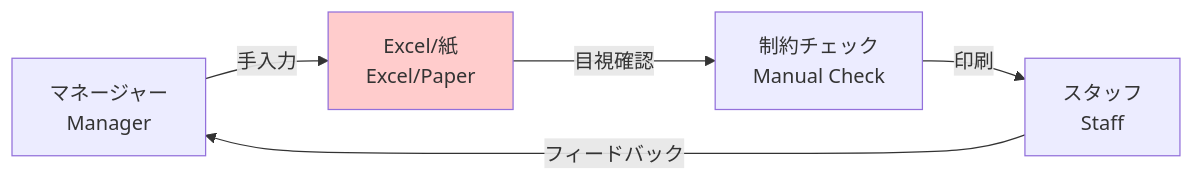
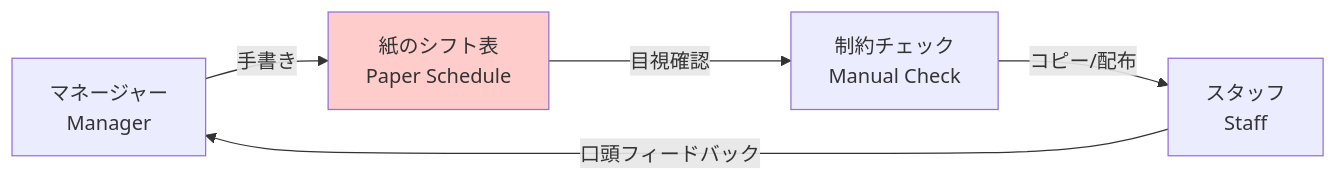
One commit to theshidiq/SSM-or-tools changed the sixth of 11 diagrams in research/visual-comparison.md. Above: the diagram before and after it, drawn with Mermaid. The commit also changed other lines of this file, not shown here.

First line of the commit message:
docs: Update visual-comparison.md with OR-Tools CP-SAT architecture

````diff
--- a/research/visual-comparison.md
+++ b/research/visual-comparison.md
@@ -141,9 +140,9 @@
 ```mermaid
 graph LR
-    A[マネージャー<br/>Manager] -->|手入力| B[Excel/紙<br/>Excel/Paper]
+    A[マネージャー<br/>Manager] -->|手書き| B[紙のシフト表<br/>Paper Schedule]
     B -->|目視確認| C[制約チェック<br/>Manual Check]
-    C -->|印刷| D[スタッフ<br/>Staff]
-    D -->|フィードバック| A
+    C -->|コピー/配布| D[スタッフ<br/>Staff]
+    D -->|口頭フィードバック| A
 
     style B fill:#ffcccc
 ```
````
